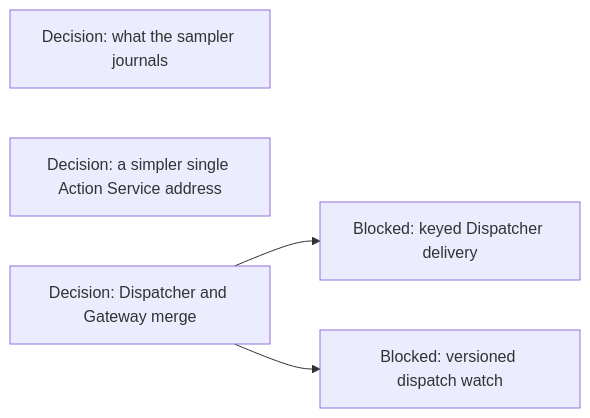
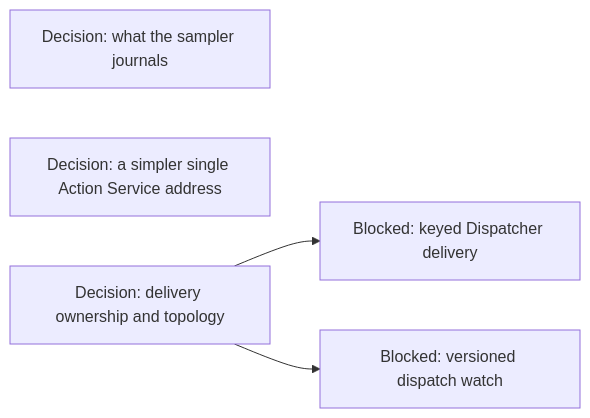
Before and after one commit to agentydragon/ducktape: diagram 18 of 18 in agentplane/plans/task_dag.md, drawn with Mermaid. The commit also changed other lines of this file and 4 other files, not shown here.

````diff
--- a/agentplane/plans/task_dag.md
+++ b/agentplane/plans/task_dag.md
@@ -2367,7 +2345,7 @@
 ```mermaid
 flowchart LR
     SAMPLER_JOURNAL_DIET[Decision: what the sampler journals]
     ACTION_SERVICE_PORT_SHARING[Decision: a simpler single Action Service address]
-    DISPATCHER_PERSISTENCE_MODEL_DESIGN[Decision: Dispatcher and Gateway merge] --> DISPATCHER_KEYED_DELIVERY[Blocked: keyed Dispatcher delivery]
+    DISPATCHER_PERSISTENCE_MODEL_DESIGN[Decision: delivery ownership and topology] --> DISPATCHER_KEYED_DELIVERY[Blocked: keyed Dispatcher delivery]
     DISPATCHER_PERSISTENCE_MODEL_DESIGN --> DISPATCHER_WATCH_VERSIONS[Blocked: versioned dispatch watch]
 ```
````
